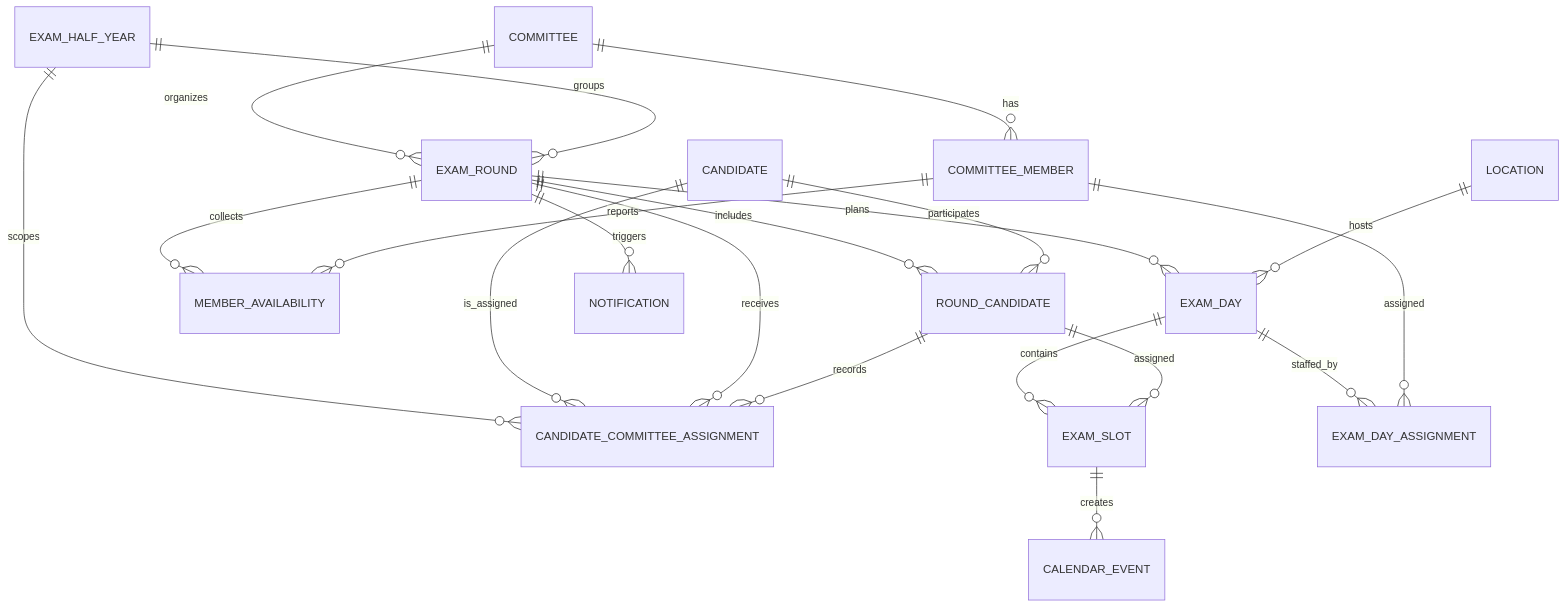
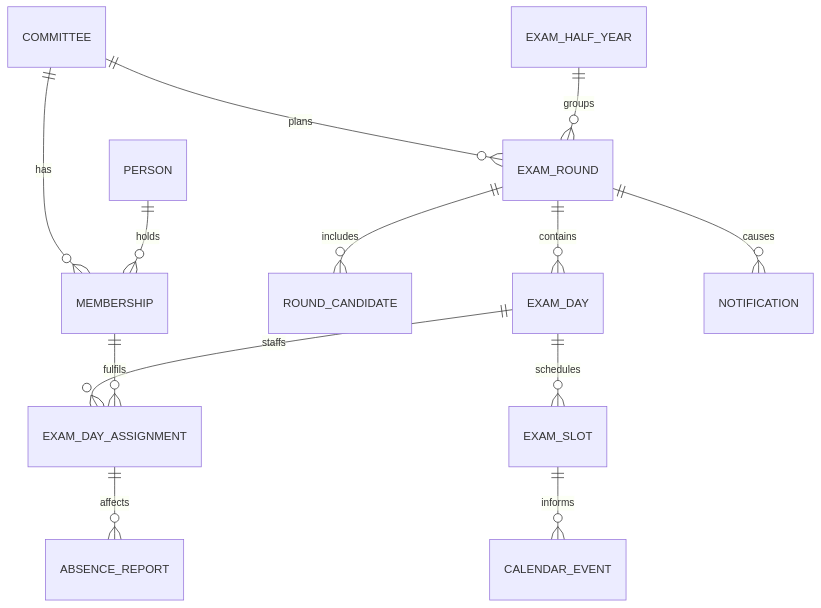
One commit to lxndrp/lzug changed the diagram in docs/developers/domain-model.md. Above: the diagram before and after it, drawn with Mermaid. The commit also changed other lines of this file and 20 other files, not shown here.

Commit message:
Consolidate architecture references

````diff
--- a/docs/developers/domain-model.md
+++ b/docs/developers/domain-model.md
@@ -27,22 +11,15 @@
 ```mermaid
 erDiagram
-  COMMITTEE ||--o{ COMMITTEE_MEMBER : has
-  COMMITTEE ||--o{ EXAM_ROUND : organizes
+  COMMITTEE ||--o{ MEMBERSHIP : has
+  PERSON ||--o{ MEMBERSHIP : holds
+  COMMITTEE ||--o{ EXAM_ROUND : plans
   EXAM_HALF_YEAR ||--o{ EXAM_ROUND : groups
   EXAM_ROUND ||--o{ ROUND_CANDIDATE : includes
-  CANDIDATE ||--o{ ROUND_CANDIDATE : participates
-  EXAM_HALF_YEAR ||--o{ CANDIDATE_COMMITTEE_ASSIGNMENT : scopes
-  CANDIDATE ||--o{ CANDIDATE_COMMITTEE_ASSIGNMENT : is_assigned
-  EXAM_ROUND ||--o{ CANDIDATE_COMMITTEE_ASSIGNMENT : receives
-  ROUND_CANDIDATE ||--o{ CANDIDATE_COMMITTEE_ASSIGNMENT : records
-  EXAM_ROUND ||--o{ MEMBER_AVAILABILITY : collects
-  COMMITTEE_MEMBER ||--o{ MEMBER_AVAILABILITY : reports
-  EXAM_ROUND ||--o{ EXAM_DAY : plans
-  LOCATION ||--o{ EXAM_DAY : hosts
-  EXAM_DAY ||--o{ EXAM_SLOT : contains
-  ROUND_CANDIDATE ||--o{ EXAM_SLOT : assigned
-  EXAM_DAY ||--o{ EXAM_DAY_ASSIGNMENT : staffed_by
-  COMMITTEE_MEMBER ||--o{ EXAM_DAY_ASSIGNMENT : assigned
-  EXAM_ROUND ||--o{ NOTIFICATION : triggers
-  EXAM_SLOT ||--o{ CALENDAR_EVENT : creates
+  EXAM_ROUND ||--o{ EXAM_DAY : contains
+  EXAM_DAY ||--o{ EXAM_SLOT : schedules
+  EXAM_DAY ||--o{ EXAM_DAY_ASSIGNMENT : staffs
+  MEMBERSHIP ||--o{ EXAM_DAY_ASSIGNMENT : fulfils
+  EXAM_ROUND ||--o{ NOTIFICATION : causes
+  EXAM_SLOT ||--o{ CALENDAR_EVENT : informs
+  EXAM_DAY_ASSIGNMENT ||--o{ ABSENCE_REPORT : affects
 ```
````
